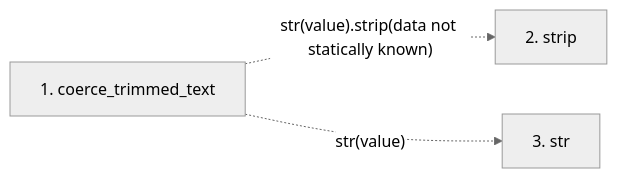
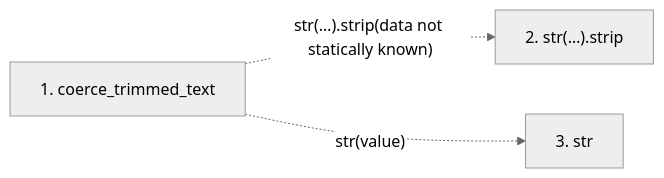
The second of 2 diagrams in docs/llm_wiki/flows/api-coerce_trimmed_text.md (Denissvgn/python-wiki-llm), drawn with Mermaid (neutral theme) before and after one commit. The commit also changed other lines of this file and 719 other files, not shown here.

````diff
--- a/docs/llm_wiki/flows/api-coerce_trimmed_text.md
+++ b/docs/llm_wiki/flows/api-coerce_trimmed_text.md
@@ -22,9 +22,9 @@
 ```mermaid
 flowchart LR
     s1["1. coerce_trimmed_text"]
-    s2["2. strip"]
+    s2["2. str(…).strip"]
     s3["3. str"]
-    s1 -. "str(value).strip(data not statically known)" .-> s2
+    s1 -. "str(…).strip(data not statically known)" .-> s2
     s1 -. "str(value)" .-> s3
     click s1 "../modules/validation.md"
 ```
````
